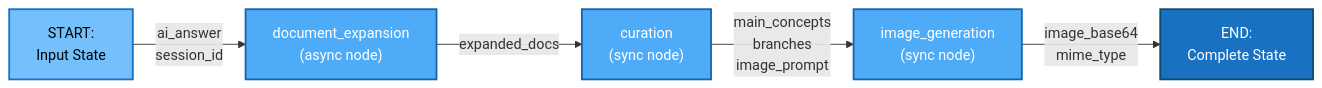
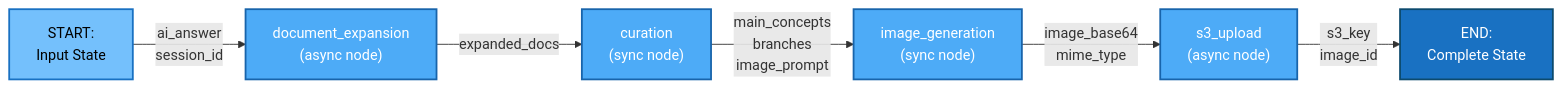
The fourth of 8 diagrams in backend/core/agentic_system/visual_knowledge_agent/README.md (h19overflow/Student_Helper), drawn with Mermaid before and after one commit. The commit also changed other lines of this file, not shown here.

````diff
--- a/backend/core/agentic_system/visual_knowledge_agent/README.md
+++ b/backend/core/agentic_system/visual_knowledge_agent/README.md
@@ -354,17 +416,20 @@
 ```mermaid
 graph LR
     A["START:<br/>Input State"]
     -->|"ai_answer<br/>session_id"| B["document_expansion<br/>(async node)"]
 
     B -->|"expanded_docs"| C["curation<br/>(sync node)"]
 
     C -->|"main_concepts<br/>branches<br/>image_prompt"| D["image_generation<br/>(sync node)"]
 
-    D -->|"image_base64<br/>mime_type"| E["END:<br/>Complete State"]
+    D -->|"image_base64<br/>mime_type"| E["s3_upload<br/>(async node)"]
+
+    E -->|"s3_key<br/>image_id"| F["END:<br/>Complete State"]
 
     style A fill:#74c0fc,color:#000,stroke:#1971c2,stroke-width:2px
     style B fill:#4dabf7,color:#fff,stroke:#1864ab,stroke-width:2px
     style C fill:#4dabf7,color:#fff,stroke:#1864ab,stroke-width:2px
     style D fill:#4dabf7,color:#fff,stroke:#1864ab,stroke-width:2px
-    style E fill:#1971c2,color:#fff,stroke:#0c4a6e,stroke-width:2px
+    style E fill:#4dabf7,color:#fff,stroke:#1864ab,stroke-width:2px
+    style F fill:#1971c2,color:#fff,stroke:#0c4a6e,stroke-width:2px
 ```
````
